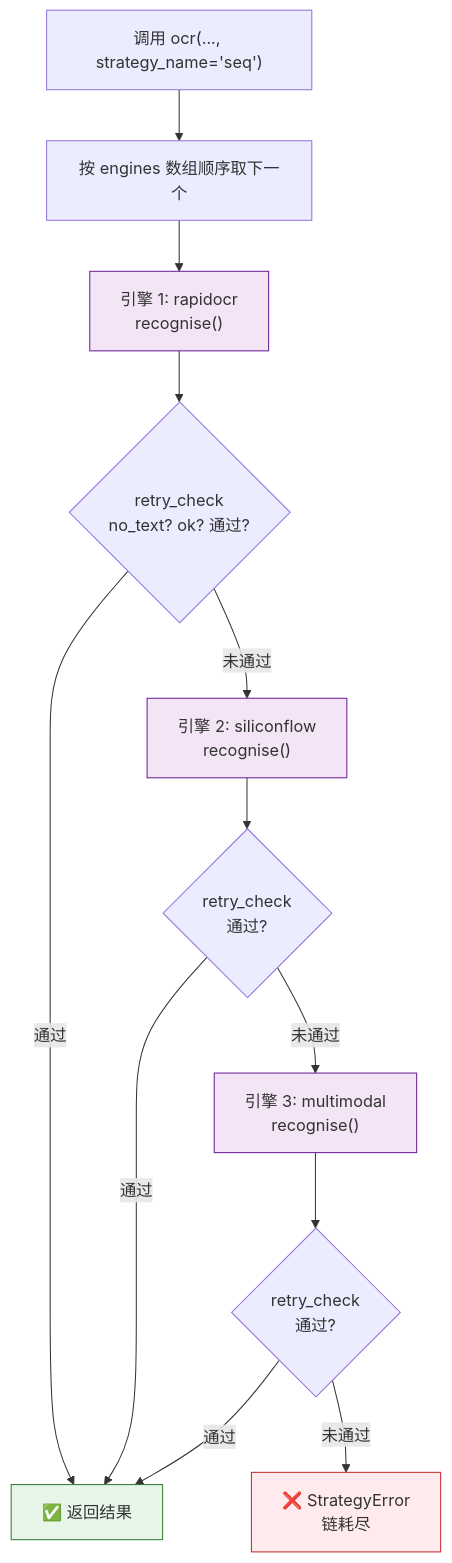
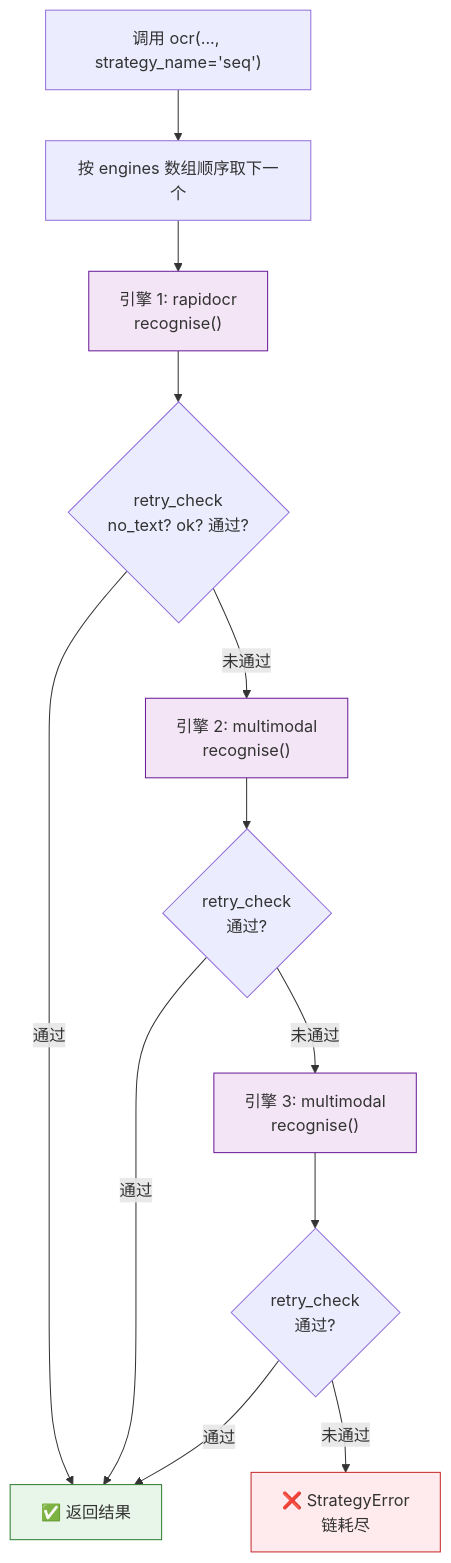
Before and after one commit to yejinlei/jykj-ocr: diagram 12 of 15 in docs/manual.md, drawn with Mermaid. The commit also changed other lines of this file and 29 other files, not shown here.

First line of the commit message:
refactor: siliconflow 彻底降级为 multimodal 的平台示例,统一到通用环境变量

````diff
--- a/docs/manual.md
+++ b/docs/manual.md
@@ -1108,24 +1105,24 @@
 ```mermaid
 flowchart TD
     START["调用 ocr(..., strategy_name='seq')"]
     START --> INIT["按 engines 数组顺序取下一个"]
 
     INIT --> E1["引擎 1: rapidocr<br/>recognise()"]
     E1 --> C1{"retry_check<br/>no_text? ok? 通过?"}
     C1 -->|通过| RETURN["✅ 返回结果"]
 
-    C1 -->|未通过| E2["引擎 2: siliconflow<br/>recognise()"]
+    C1 -->|未通过| E2["引擎 2: multimodal<br/>recognise()"]
     E2 --> C2{"retry_check<br/>通过?"}
     C2 -->|通过| RETURN
     C2 -->|未通过| E3["引擎 3: multimodal<br/>recognise()"]
     E3 --> C3{"retry_check<br/>通过?"}
     C3 -->|通过| RETURN
     C3 -->|未通过| ERR["❌ StrategyError<br/>链耗尽"]
 
     classDef engine fill:#f3e5f5,stroke:#6a1b9a
     classDef pass fill:#e8f5e9,stroke:#2e7d32
     classDef fail fill:#ffebee,stroke:#c62828
     class E1,E2,E3 engine
     class RETURN pass
     class ERR fail
 ```
````
